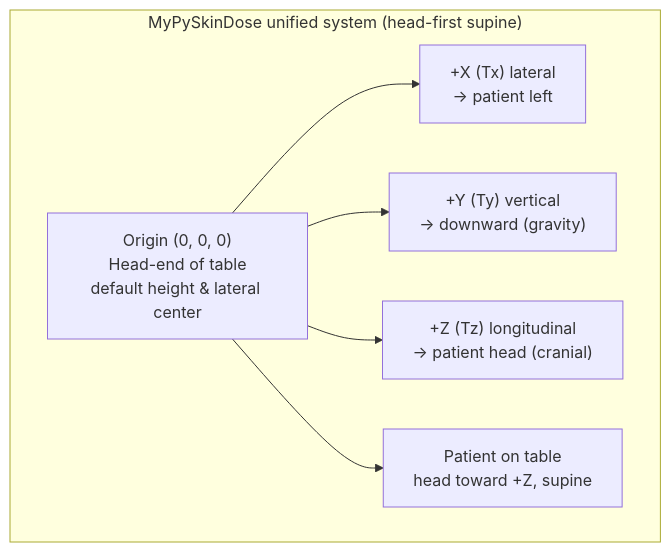
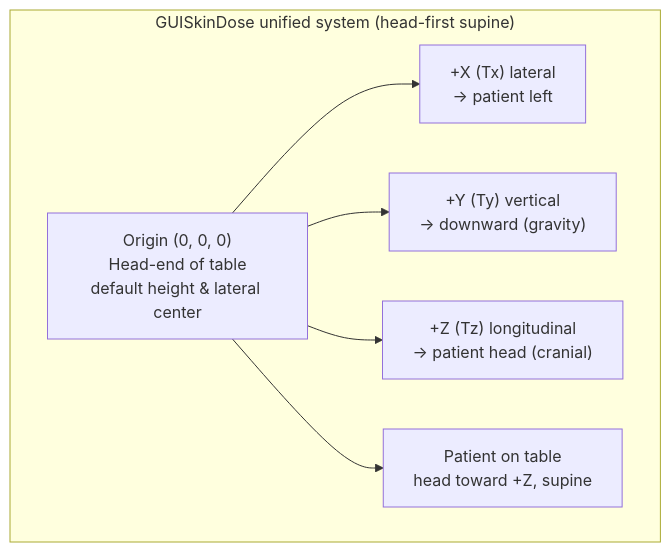
The first of 8 diagrams in dev-docs/VENDOR_COORDINATE_SYSTEMS.md (kgrizz-git/GUISkinDose), drawn with Mermaid before and after one commit. The commit also changed other lines of this file and 109 other files, not shown here.

First line of the commit message:
docs: use GUISkinDose brand in live docs, launchers, and UI copy

````diff
--- a/dev-docs/VENDOR_COORDINATE_SYSTEMS.md
+++ b/dev-docs/VENDOR_COORDINATE_SYSTEMS.md
@@ -474,14 +474,14 @@
 ```mermaid
 flowchart TB
-    subgraph UNIFIED["MyPySkinDose unified system (head-first supine)"]
+    subgraph UNIFIED["GUISkinDose unified system (head-first supine)"]
         O["Origin (0, 0, 0)<br/>Head-end of table<br/>default height & lateral center"]
         X["+X (Tx) lateral<br/>→ patient left"]
         Y["+Y (Ty) vertical<br/>→ downward (gravity)"]
         Z["+Z (Tz) longitudinal<br/>→ patient head (cranial)"]
         P["Patient on table<br/>head toward +Z, supine"]
     end
     O --> X
     O --> Y
     O --> Z
     O --> P
 ```
````
